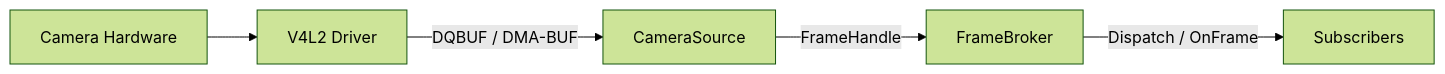
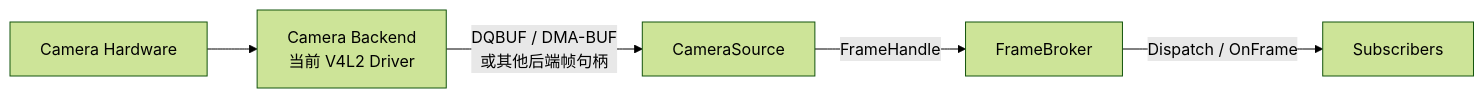
One commit to SuycxZMZ/CameraSubsystem changed the second of 2 diagrams in structure.md. Above: the diagram before and after it, drawn with Mermaid (forest theme). The commit also changed other lines of this file and 6 other files, not shown here.

````diff
--- a/structure.md
+++ b/structure.md
@@ -158,7 +158,7 @@
 ```mermaid
 flowchart LR
-    Hardware["Camera Hardware"] --> Driver["V4L2 Driver"]
-    Driver -->|DQBUF / DMA-BUF| Source["CameraSource"]
+    Hardware["Camera Hardware"] --> Driver["Camera Backend<br/>当前 V4L2 Driver"]
+    Driver -->|DQBUF / DMA-BUF<br/>或其他后端帧句柄| Source["CameraSource"]
     Source -->|FrameHandle| Broker["FrameBroker"]
     Broker -->|Dispatch / OnFrame| Subscribers["Subscribers"]
 ```
````
